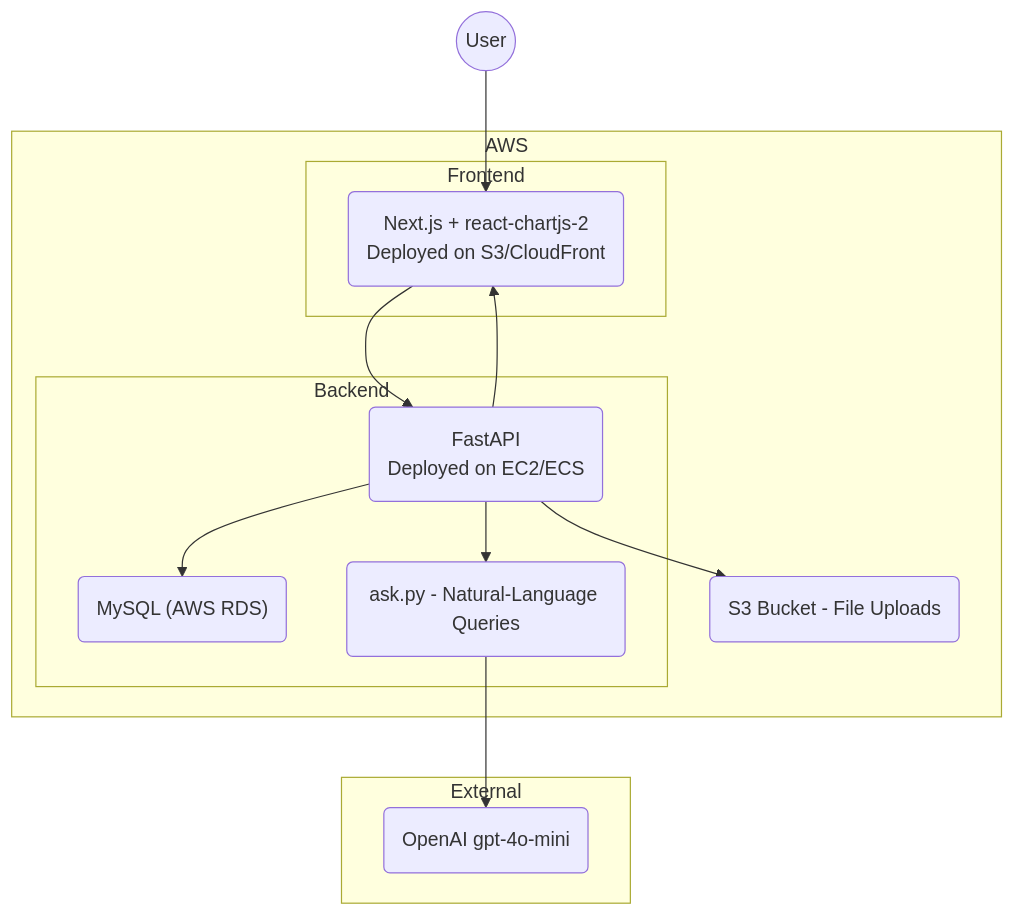
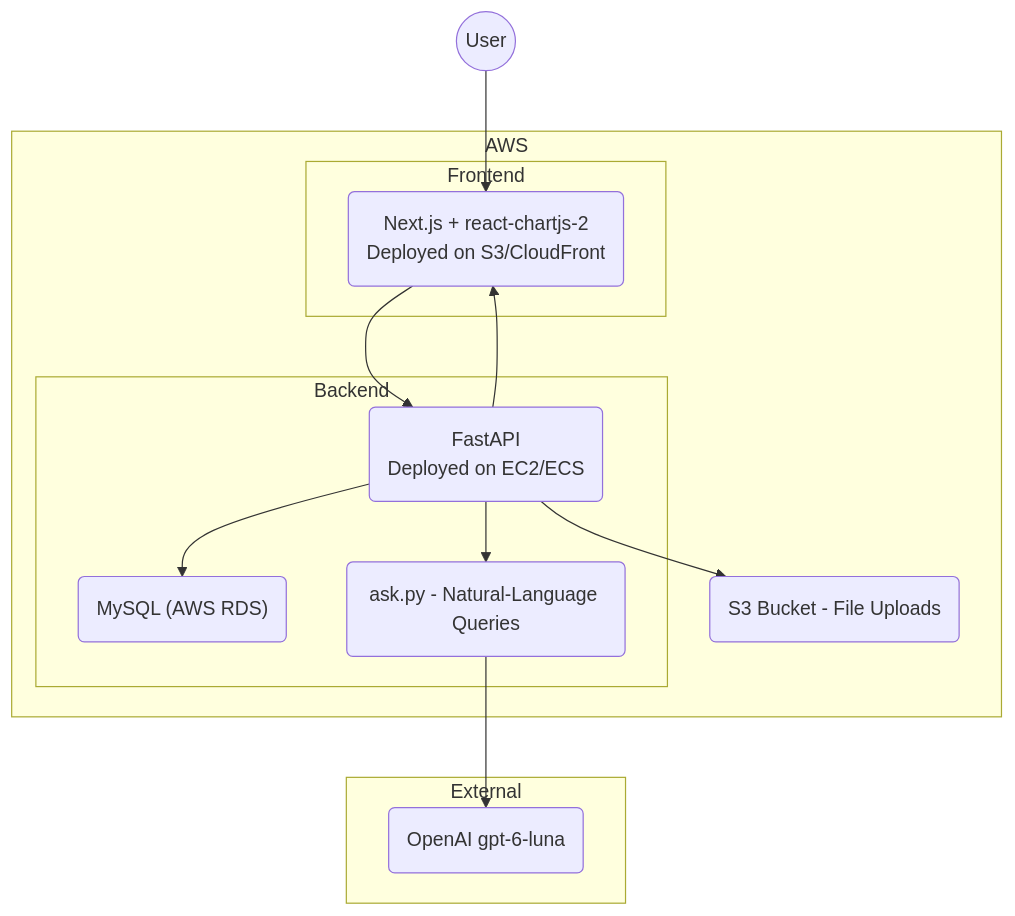
Before and after one commit to aniketkarne/AI-aws-cloud-cost-analyzer: the diagram in README.md, drawn with Mermaid. The commit also changed other lines of this file and 13 other files, not shown here.

````diff
--- a/README.md
+++ b/README.md
@@ -20,33 +20,33 @@
 ```mermaid
 flowchart TB
     %% AWS Subgraph
     subgraph AWS
         subgraph Frontend
             A("Next.js + react-chartjs-2
 Deployed on S3/CloudFront")
         end
 
         subgraph Backend
             B("FastAPI
 Deployed on EC2/ECS")
             C("MySQL (AWS RDS)")
             Ask("ask.py - Natural-Language Queries")
         end
 
         S("S3 Bucket - File Uploads")
     end
 
     %% External GPT Service
     subgraph External
-        D("OpenAI gpt-4o-mini")
+        D("OpenAI gpt-6-luna")
     end
 
     %% User Interaction
     U((User)) --> A
     A --> B
     B --> C
     B --> Ask
     Ask --> D
     B --> S
     B --> A
 ```
````
